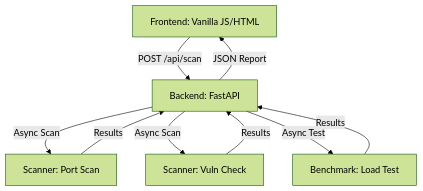
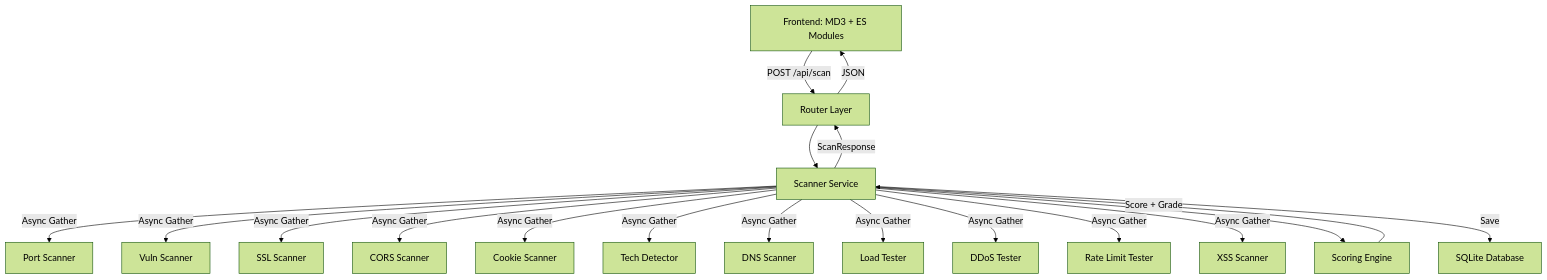
The diagram in DEVELOPMENT.md (qtremors/localghost), drawn with Mermaid (forest theme) before and after one commit. The commit also changed other lines of this file and 53 other files, not shown here.

First line of the commit message:
v0.2.0: Major Update - Scoring Engine, 8 New Scanners, and MD3 Rewrite

````diff
--- a/DEVELOPMENT.md
+++ b/DEVELOPMENT.md
@@ -30,11 +31,21 @@
 ```mermaid
 graph TD
-    A[Frontend: Vanilla JS/HTML] -->|POST /api/scan| B[Backend: FastAPI]
-    B -->|Async Scan| C[Scanner: Port Scan]
-    B -->|Async Scan| D[Scanner: Vuln Check]
-    B -->|Async Test| E[Benchmark: Load Test]
-    C -->|Results| B
-    D -->|Results| B
-    E -->|Results| B
-    B -->|JSON Report| A
+    A[Frontend: MD3 + ES Modules] -->|POST /api/scan| B[Router Layer]
+    B --> C[Scanner Service]
+    C -->|Async Gather| D[Port Scanner]
+    C -->|Async Gather| E[Vuln Scanner]
+    C -->|Async Gather| F[SSL Scanner]
+    C -->|Async Gather| G[CORS Scanner]
+    C -->|Async Gather| H[Cookie Scanner]
+    C -->|Async Gather| I[Tech Detector]
+    C -->|Async Gather| J[DNS Scanner]
+    C -->|Async Gather| K[Load Tester]
+    C -->|Async Gather| P[DDoS Tester]
+    C -->|Async Gather| Q[Rate Limit Tester]
+    C -->|Async Gather| R[XSS Scanner]
+    C --> L[Scoring Engine]
+    L -->|Score + Grade| C
+    C -->|Save| M[SQLite Database]
+    C -->|ScanResponse| B
+    B -->|JSON| A
 ```
````
